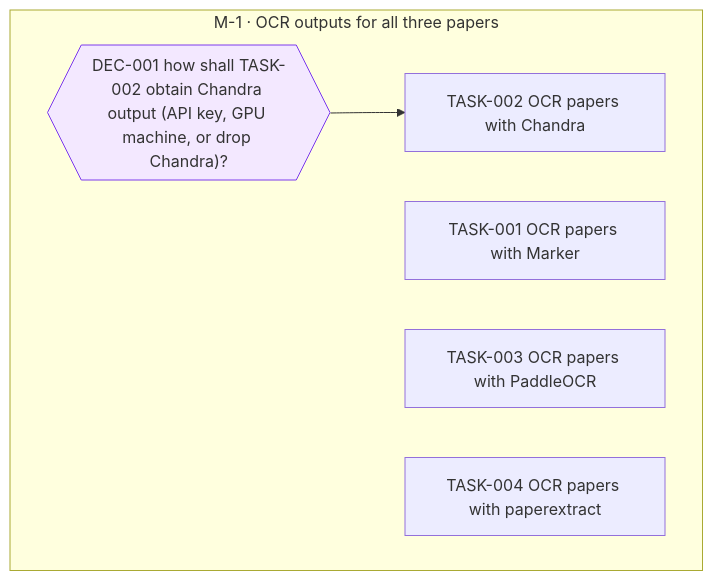
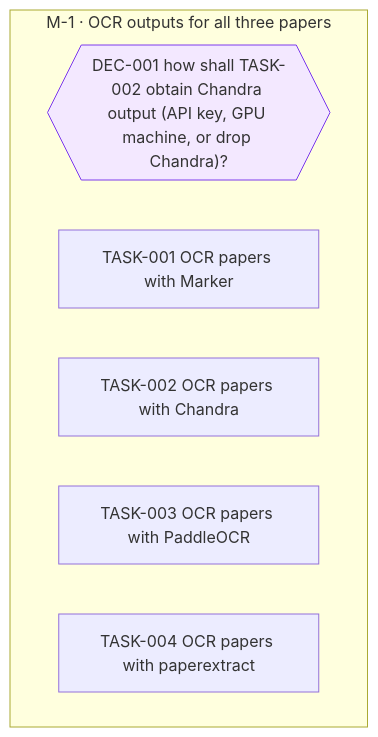
One commit to jesusvillota/replicate changed the diagram in goals/ocr-papers/README.md. Above: the diagram before and after it, drawn with Mermaid. The commit also changed 1 other file, not shown here.

Commit message:
goal(ocr-papers): unlink TASK-002 after DEC-001

````diff
--- a/goals/ocr-papers/README.md
+++ b/goals/ocr-papers/README.md
@@ -19,15 +19,14 @@
 ```mermaid
 flowchart TD
   subgraph M_1["M-1 · OCR outputs for all three papers"]
     DEC_001{{"DEC-001 how shall TASK-002 obtain Chandra output (API key, GPU machine, or drop Chandra)?"}}
     TASK_001["TASK-001 OCR papers with Marker"]
     TASK_002["TASK-002 OCR papers with Chandra"]
     TASK_003["TASK-003 OCR papers with PaddleOCR"]
     TASK_004["TASK-004 OCR papers with paperextract"]
   end
-  DEC_001 --> TASK_002
   classDef draft stroke-dasharray: 4 3
   classDef cancelled opacity:0.45
   classDef decision fill:#f3e8ff,stroke:#7c3aed
   class DEC_001 decision
 ```
````
